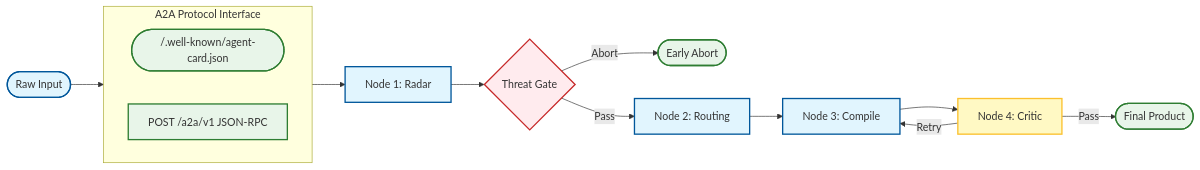
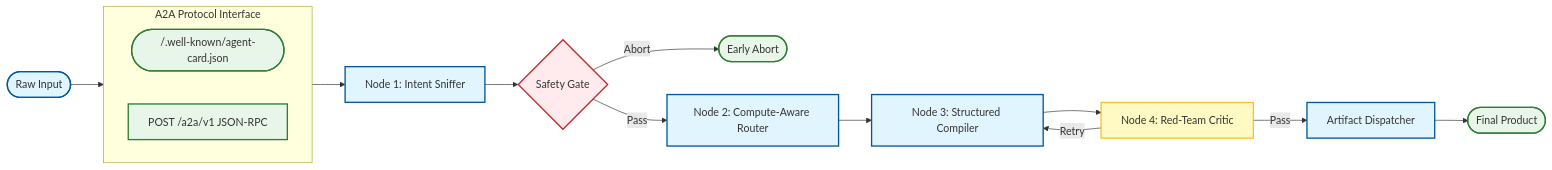
One commit to RimmonXIA/Prompt_Polisher changed the diagram in README.md. Above: the diagram before and after it, drawn with Mermaid. The commit also changed other lines of this file and 6 other files, not shown here.

Commit message:
docs: synchronize all theory and flow documentation; bump version to 0.2.0

````diff
--- a/README.md
+++ b/README.md
@@ -39,29 +43,30 @@
 ```mermaid
 graph LR
     classDef node fill:#e1f5fe,stroke:#01579b,stroke-width:2px;
     classDef critic fill:#fff9c4,stroke:#fbc02d,stroke-width:2px;
     classDef gate fill:#ffebee,stroke:#c62828,stroke-width:2px;
     classDef output fill:#e8f5e9,stroke:#2e7d32,stroke-width:2px;
 
     subgraph A2A_Interface [A2A Protocol Interface]
         direction LR
         Discovery([/.well-known/agent-card.json])
         JSONRPC[POST /a2a/v1 JSON-RPC]
     end
 
     Raw([Raw Input]) --> JSONRPC
-    JSONRPC --> Radar[Node 1: Radar]
-    Radar --> Gate{Threat Gate}
+    JSONRPC --> Sniffer[Node 1: Intent Sniffer]
+    Sniffer --> Gate{Safety Gate}
     Gate -->|Abort| Stop([Early Abort])
-    Gate -->|Pass| Route[Node 2: Routing]
-    Route --> Compile[Node 3: Compile]
-    Compile --> Critic[Node 4: Critic]
-    Critic -->|Retry| Compile
-    Critic -->|Pass| Final([Final Product])
+    Gate -->|Pass| Router[Node 2: Compute-Aware Router]
+    Router --> Compiler[Node 3: Structured Compiler]
+    Compiler --> Critic[Node 4: Red-Team Critic]
+    Critic -->|Retry| Compiler
+    Critic -->|Pass| Dispatcher[Artifact Dispatcher]
+    Dispatcher --> Final([Final Product])
 
-    class Radar,Route,Compile node;
+    class Sniffer,Router,Compiler node;
     class Critic critic;
     class Gate gate;
     class Stop,Final output;
     class Discovery,JSONRPC output;
 ```
````
